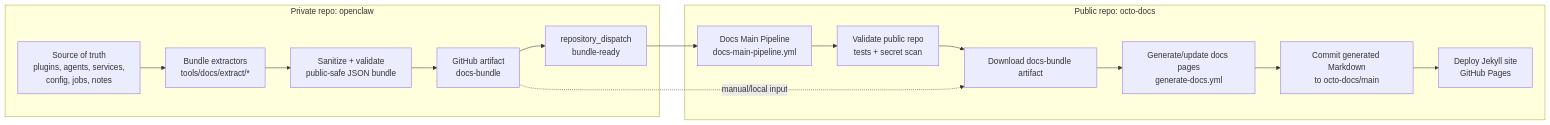
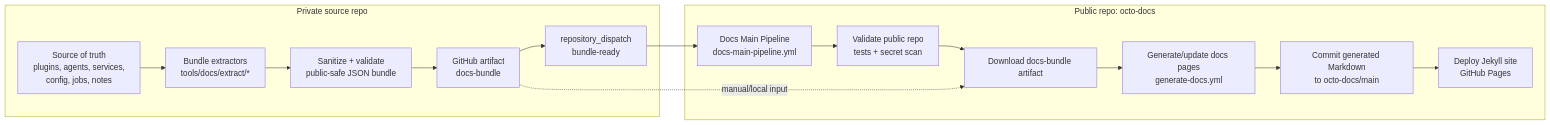
One commit to JeffSteinbok/octo-docs changed the first of 2 diagrams in README.md. Above: the diagram before and after it, drawn with Mermaid. The commit also changed other lines of this file, not shown here.

Commit message:
docs: simplify source repo references

````diff
--- a/README.md
+++ b/README.md
@@ -19,24 +23,24 @@
 ```mermaid
 flowchart LR
-    subgraph private["Private repo: openclaw"]
+    subgraph private["Private source repo"]
         source["Source of truth<br/>plugins, agents, services,<br/>config, jobs, notes"]
         extract["Bundle extractors<br/>tools/docs/extract/*"]
         sanitize["Sanitize + validate<br/>public-safe JSON bundle"]
         artifact["GitHub artifact<br/>docs-bundle"]
         dispatch["repository_dispatch<br/>bundle-ready"]
         source --> extract --> sanitize --> artifact --> dispatch
     end
 
     subgraph public["Public repo: octo-docs"]
         pipeline["Docs Main Pipeline<br/>docs-main-pipeline.yml"]
         validate["Validate public repo<br/>tests + secret scan"]
         download["Download docs-bundle artifact"]
         generate["Generate/update docs pages<br/>generate-docs.yml"]
         commit["Commit generated Markdown<br/>to octo-docs/main"]
         deploy["Deploy Jekyll site<br/>GitHub Pages"]
         pipeline --> validate --> download --> generate --> commit --> deploy
     end
 
     dispatch --> pipeline
     artifact -. manual/local input .-> download
 ```
````
